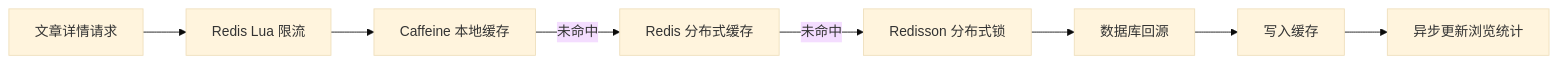
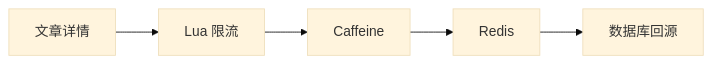
One commit to w-p-lover/w-p_blog changed the second of 2 diagrams in README.md. Above: the diagram before and after it, drawn with Mermaid (base theme). The commit also changed other lines of this file and 1 other file, not shown here.

````diff
--- a/README.md
+++ b/README.md
@@ -130,10 +81,7 @@
 ```mermaid
 flowchart LR
-    A["文章详情请求"] --> B["Redis Lua 限流"]
-    B --> C["Caffeine 本地缓存"]
-    C -->|未命中| D["Redis 分布式缓存"]
-    D -->|未命中| E["Redisson 分布式锁"]
-    E --> F["数据库回源"]
-    F --> G["写入缓存"]
-    G --> H["异步更新浏览统计"]
+    A["文章详情"] --> B["Lua 限流"]
+    B --> C["Caffeine"]
+    C --> D["Redis"]
+    D --> E["数据库回源"]
 ```
````
